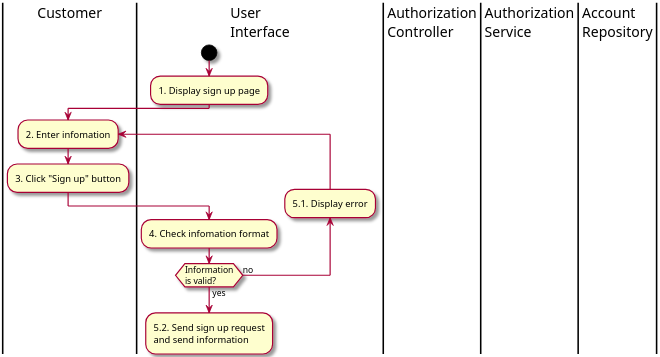
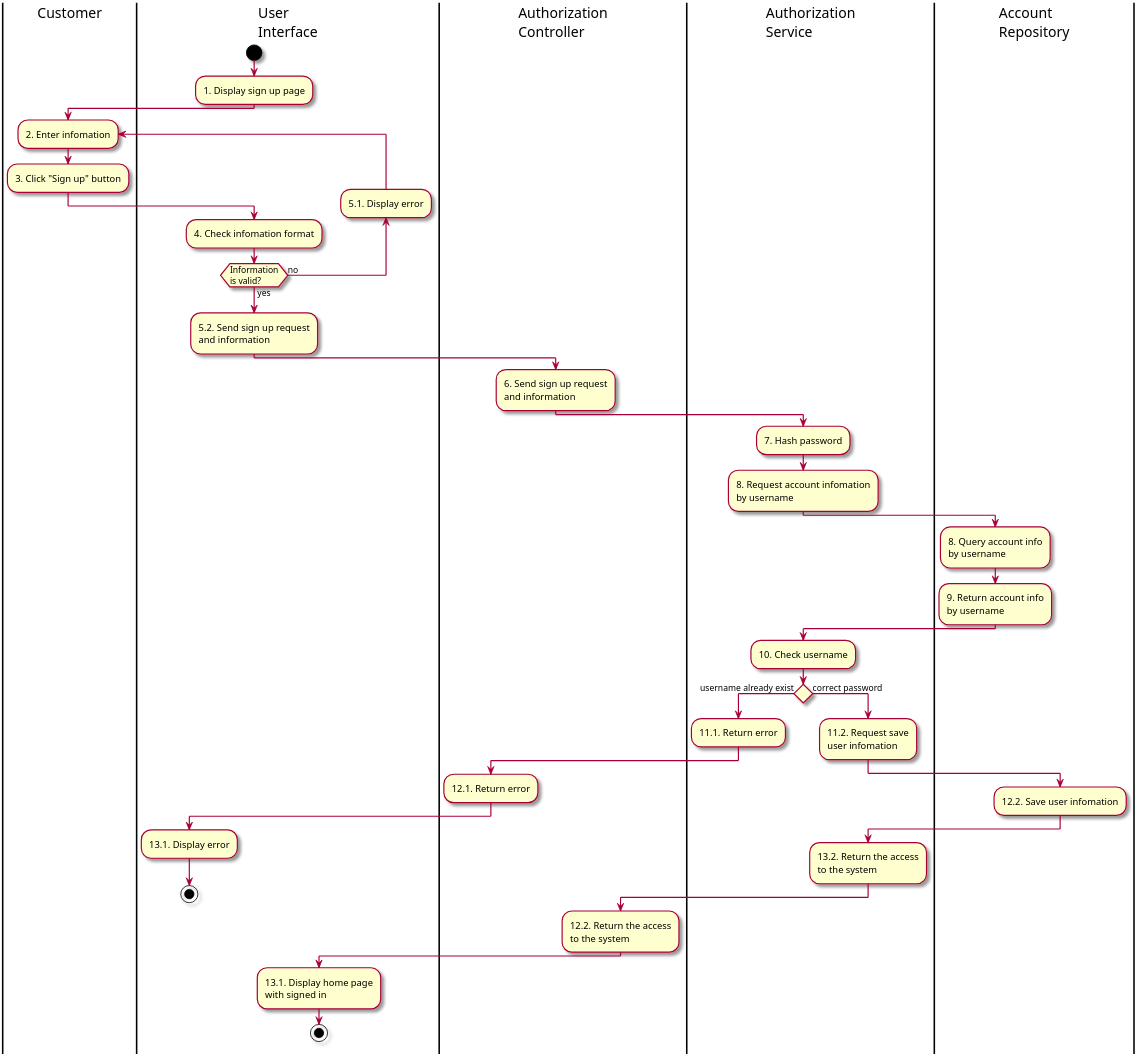
The diagram in Activity/2. ActSignUp.puml (Marowota/ecommerce-plantuml), drawn with PlantUML before and after one commit. The commit also changed 1 other file, not shown here.

Commit message:
add act 2

```diff
--- a/Activity/2. ActSignUp.puml
+++ b/Activity/2. ActSignUp.puml
@@ -1,23 +1,51 @@
-@startuml ActSignIn
+@startuml ActSignUp
 
 skin rose
 scale 3
 
 |Customer|
 |User\nInterface|
 |Authorization\nController|
 |Authorization\nService|
 |Account\nRepository|
 |User\nInterface|
 start
 :1. Display sign up page;
 |Customer|
 repeat :2. Enter infomation;
 :3. Click "Sign up" button;
 |User\nInterface|
 :4. Check infomation format;
 backward :5.1. Display error;
 repeat while (Information\nis valid?) is(no) not(yes)
-:5.2. Send sign up request\nand send information;
-
+:5.2. Send sign up request\nand information;
+|Authorization\nController|
+:6. Send sign up request\nand information;
+|Authorization\nService|
+:7. Hash password;
+:8. Request account infomation\nby username;
+|Account\nRepository|
+:8. Query account info\nby username;
+:9. Return account info\nby username;
+|Authorization\nService|
+:10. Check username;
+if () then (username already exist)
+    :11.1. Return error;
+    |Authorization\nController|
+    :12.1. Return error;
+    |User\nInterface|
+    :13.1. Display error;
+    stop
+else(correct password)
+    |Authorization\nService|
+    :11.2. Request save\nuser infomation;
+    |Account\nRepository|
+    :12.2. Save user infomation;
+    |Authorization\nService|
+    :13.2. Return the access\nto the system;
+    |Authorization\nController|
+    :12.2. Return the access\nto the system;
+    |User\nInterface|
+    :13.1. Display home page\nwith signed in;
+    stop
 @enduml
```
